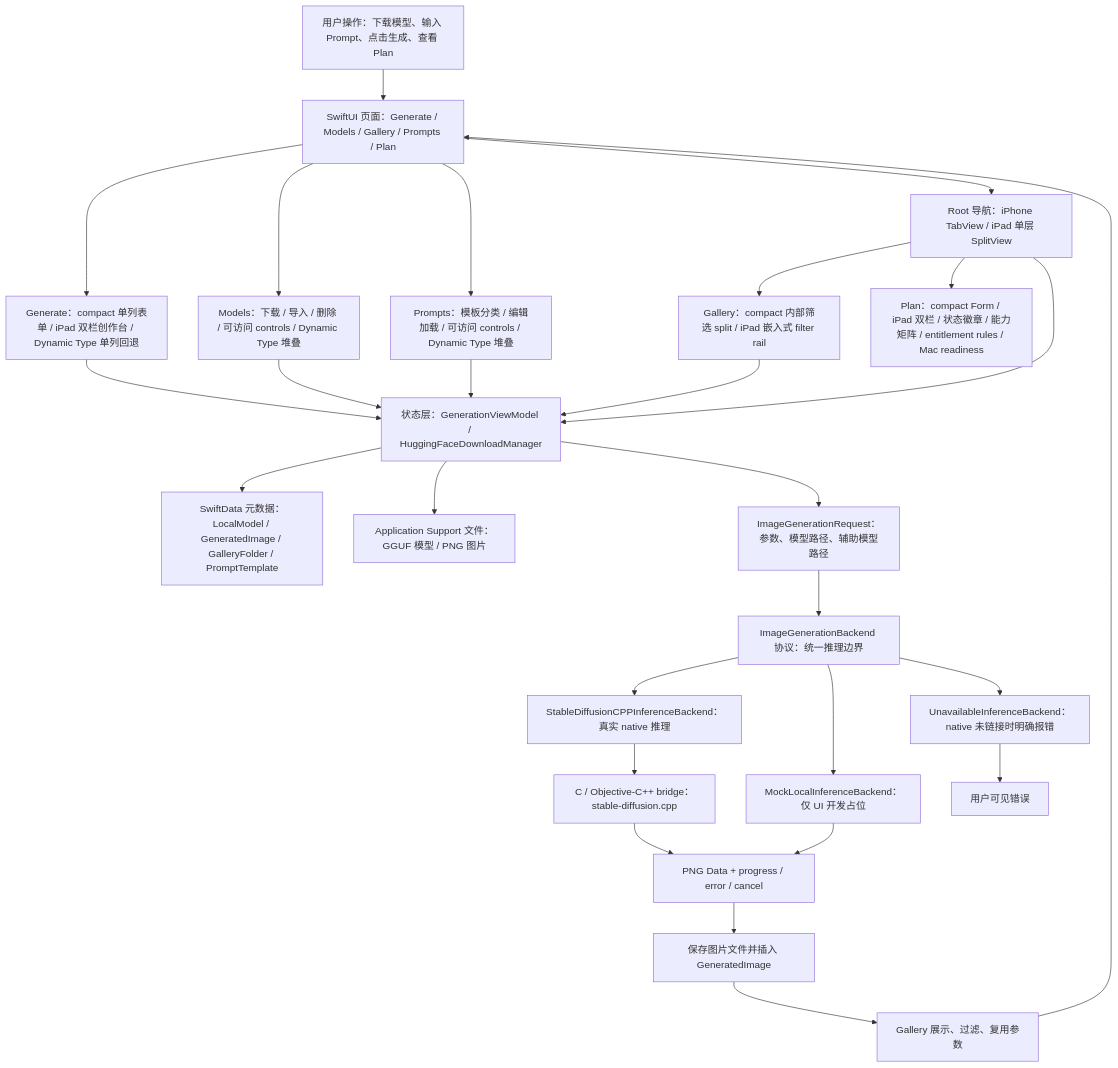
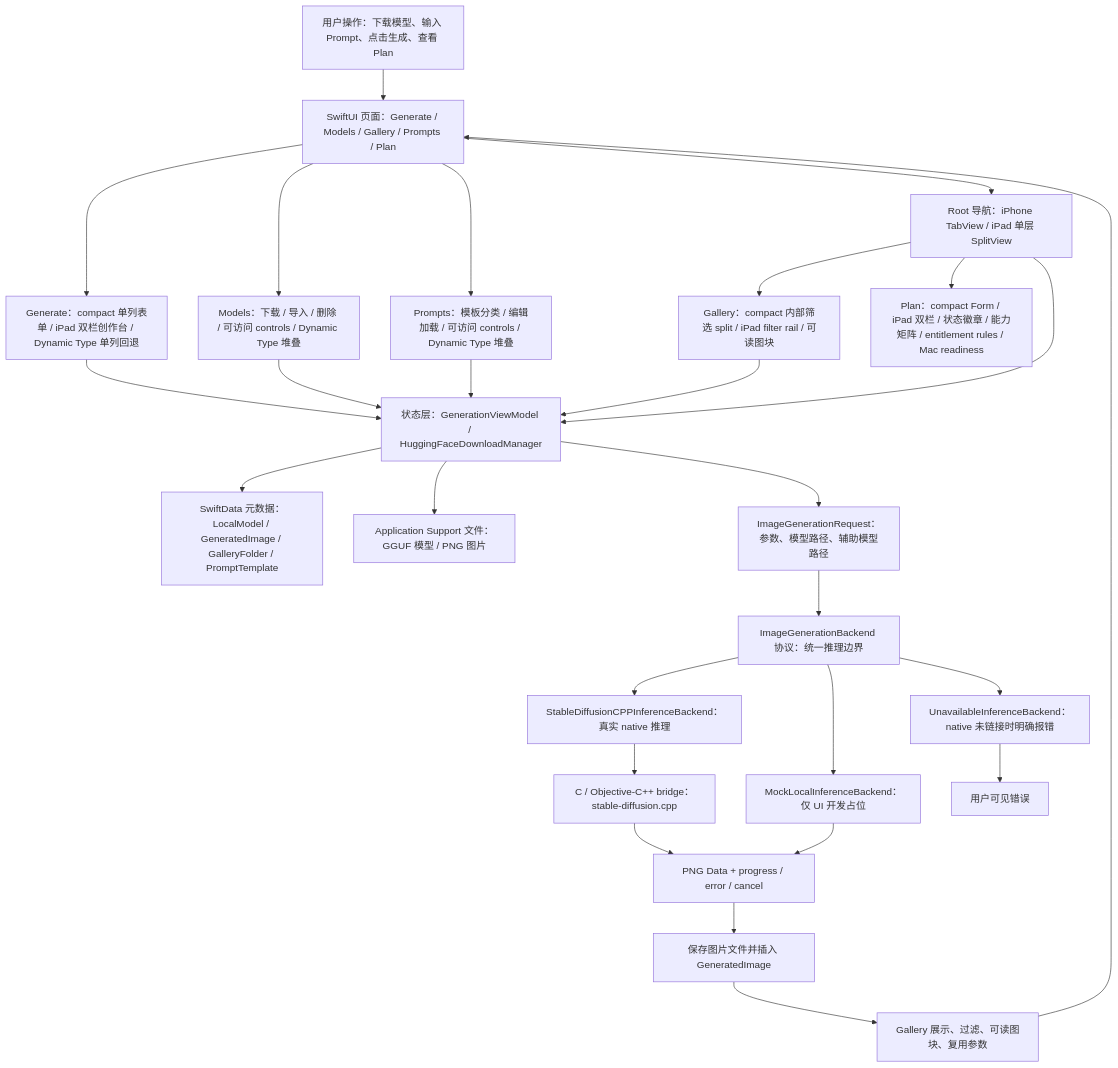
The first of 7 diagrams in md/flow/flowchart.md (Altman-sam114/118), drawn with Mermaid before and after one commit. The commit also changed 5 other files, not shown here.

First line of the commit message:
v1.12: Gallery 图块可读性

````diff
--- a/md/flow/flowchart.md
+++ b/md/flow/flowchart.md
@@ -9,29 +9,29 @@
 ```mermaid
 flowchart TD
   U["用户操作：下载模型、输入 Prompt、点击生成、查看 Plan"] --> UI["SwiftUI 页面：Generate / Models / Gallery / Prompts / Plan"]
   UI --> GENUI["Generate：compact 单列表单 / iPad 双栏创作台 / Dynamic Type 单列回退"]
   UI --> MODELUI["Models：下载 / 导入 / 删除 / 可访问 controls / Dynamic Type 堆叠"]
   UI --> PROMPTUI["Prompts：模板分类 / 编辑加载 / 可访问 controls / Dynamic Type 堆叠"]
   UI --> NAV["Root 导航：iPhone TabView / iPad 单层 SplitView"]
-  NAV --> GALUI["Gallery：compact 内部筛选 split / iPad 嵌入式 filter rail"]
+  NAV --> GALUI["Gallery：compact 内部筛选 split / iPad filter rail / 可读图块"]
   NAV --> PLANUI["Plan：compact Form / iPad 双栏 / 状态徽章 / 能力矩阵 / entitlement rules / Mac readiness"]
   NAV --> VM["状态层：GenerationViewModel / HuggingFaceDownloadManager"]
   GENUI --> VM
   MODELUI --> VM
   PROMPTUI --> VM
   GALUI --> VM
   VM --> SD["SwiftData 元数据：LocalModel / GeneratedImage / GalleryFolder / PromptTemplate"]
   VM --> FS["Application Support 文件：GGUF 模型 / PNG 图片"]
   VM --> REQ["ImageGenerationRequest：参数、模型路径、辅助模型路径"]
   REQ --> IFACE["ImageGenerationBackend 协议：统一推理边界"]
   IFACE --> NATIVE["StableDiffusionCPPInferenceBackend：真实 native 推理"]
   IFACE --> MOCK["MockLocalInferenceBackend：仅 UI 开发占位"]
   IFACE --> OFF["UnavailableInferenceBackend：native 未链接时明确报错"]
   NATIVE --> BRIDGE["C / Objective-C++ bridge：stable-diffusion.cpp"]
   BRIDGE --> PNG["PNG Data + progress / error / cancel"]
   MOCK --> PNG
   OFF --> ERR["用户可见错误"]
   PNG --> SAVE["保存图片文件并插入 GeneratedImage"]
-  SAVE --> GALLERY["Gallery 展示、过滤、复用参数"]
+  SAVE --> GALLERY["Gallery 展示、过滤、可读图块、复用参数"]
   GALLERY --> UI
 ```
````
